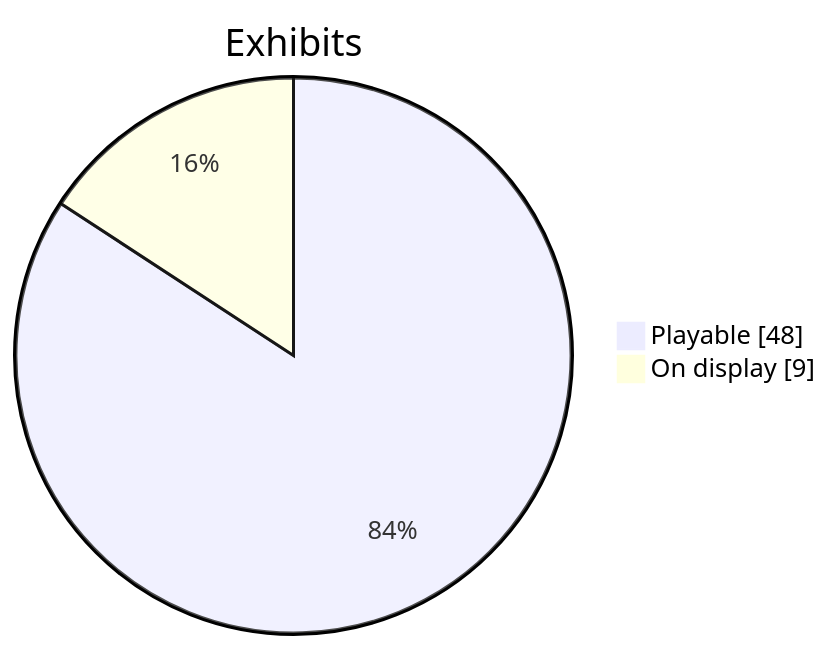
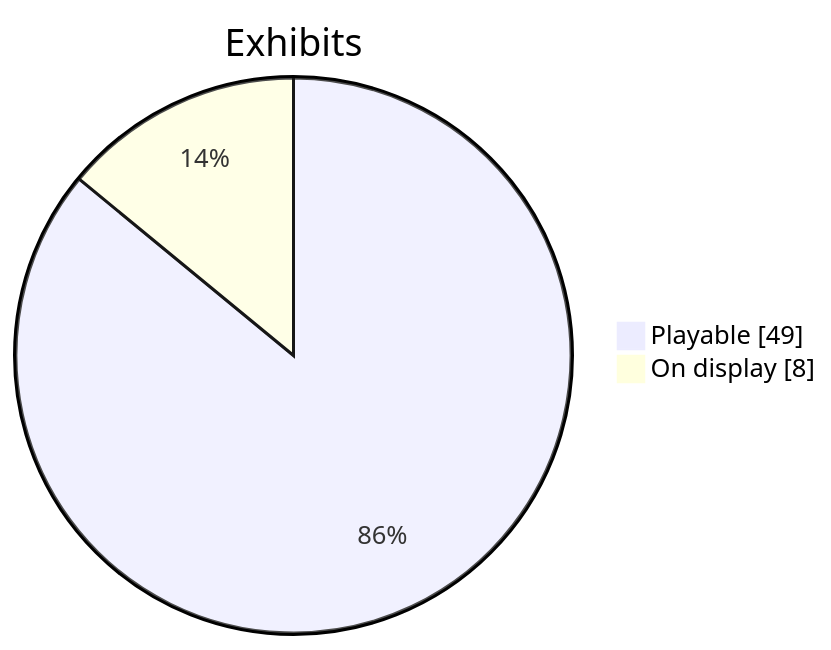
One commit to CptNope/Librarium-Archives changed the second of 2 diagrams in docs/roadmap.md. Above: the diagram before and after it, drawn with Mermaid. The commit also changed other lines of this file and 14 other files, not shown here.

````diff
--- a/docs/roadmap.md
+++ b/docs/roadmap.md
@@ -22,6 +22,6 @@
 ```mermaid
 pie showData
     title Exhibits
-    "Playable" : 48
-    "On display" : 9
+    "Playable" : 49
+    "On display" : 8
 ```
````
